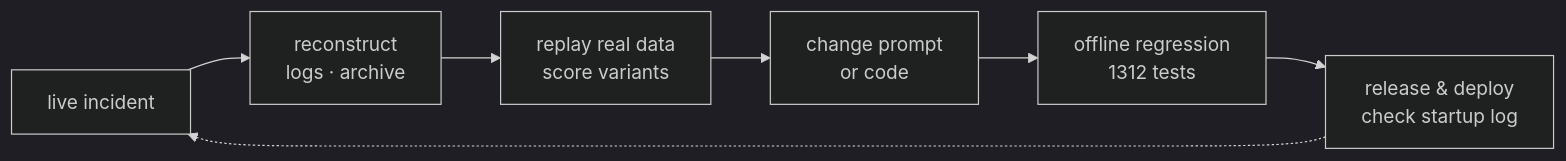
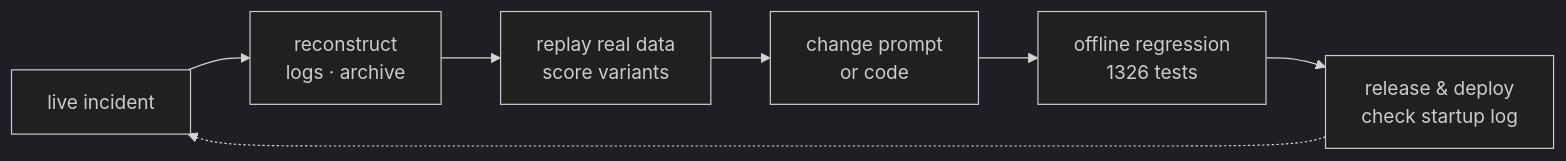
Before and after one commit to dubianche123/the-regular-qq-bot: the eighth of 8 diagrams in README_EN.md, drawn with Mermaid (dark theme). The commit also changed other lines of this file and 6 other files, not shown here.

````diff
--- a/README_EN.md
+++ b/README_EN.md
@@ -291,6 +291,6 @@
 ```mermaid
 flowchart LR
     A["live incident"] --> B["reconstruct<br/>logs · archive"] --> C["replay real data<br/>score variants"]
-    C --> D["change prompt<br/>or code"] --> E["offline regression<br/>1312 tests"] --> F["release & deploy<br/>check startup log"]
+    C --> D["change prompt<br/>or code"] --> E["offline regression<br/>1326 tests"] --> F["release & deploy<br/>check startup log"]
     F -.-> A
 ```
````
